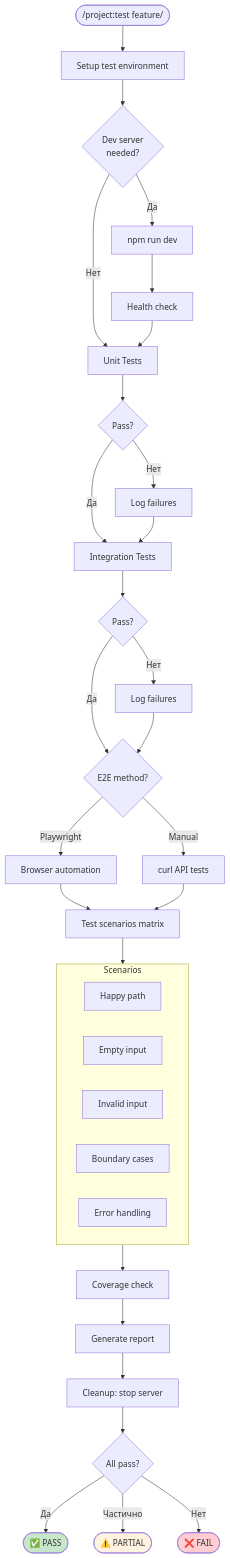
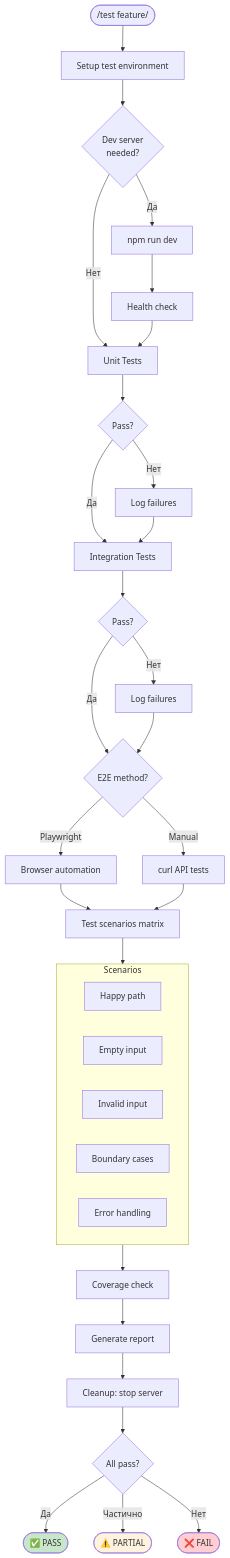
The ninth of 12 diagrams in SCENARIOS.md (nikitaCodeSave/Claude-Code-Kit), drawn with Mermaid before and after one commit. The commit also changed other lines of this file and 17 other files, not shown here.

````diff
--- a/SCENARIOS.md
+++ b/SCENARIOS.md
@@ -397,52 +397,52 @@
 ```mermaid
 flowchart TD
-    START([/project:test feature/]) --> SETUP[Setup test environment]
+    START([/test feature/]) --> SETUP[Setup test environment]
     
     SETUP --> START_SERVER{Dev server<br/>needed?}
     START_SERVER -->|Да| RUN_SERVER[npm run dev]
     START_SERVER -->|Нет| UNIT
     RUN_SERVER --> HEALTH[Health check]
     HEALTH --> UNIT
     
     UNIT[Unit Tests] --> UNIT_RESULT{Pass?}
     UNIT_RESULT -->|Нет| UNIT_FAIL[Log failures]
     UNIT_RESULT -->|Да| INTEGRATION
     UNIT_FAIL --> INTEGRATION
     
     INTEGRATION[Integration Tests] --> INT_RESULT{Pass?}
     INT_RESULT -->|Нет| INT_FAIL[Log failures]
     INT_RESULT -->|Да| E2E
     INT_FAIL --> E2E
     
     E2E{E2E method?}
     E2E -->|Playwright| PLAYWRIGHT[Browser automation]
     E2E -->|Manual| CURL[curl API tests]
     
     PLAYWRIGHT --> SCENARIOS
     CURL --> SCENARIOS
     
     SCENARIOS[Test scenarios matrix]
     
     subgraph Matrix[Scenarios]
         S1[Happy path]
         S2[Empty input]
         S3[Invalid input]
         S4[Boundary cases]
         S5[Error handling]
     end
     
     SCENARIOS --> Matrix
     Matrix --> COVERAGE[Coverage check]
     
     COVERAGE --> REPORT[Generate report]
     REPORT --> CLEANUP[Cleanup: stop server]
     CLEANUP --> RESULT{All pass?}
     
     RESULT -->|Да| SUCCESS([✅ PASS])
     RESULT -->|Частично| PARTIAL([⚠️ PARTIAL])
     RESULT -->|Нет| FAIL([❌ FAIL])
     
     style SUCCESS fill:#c8e6c9
     style PARTIAL fill:#fff3e0
     style FAIL fill:#ffcdd2
 ```
````
